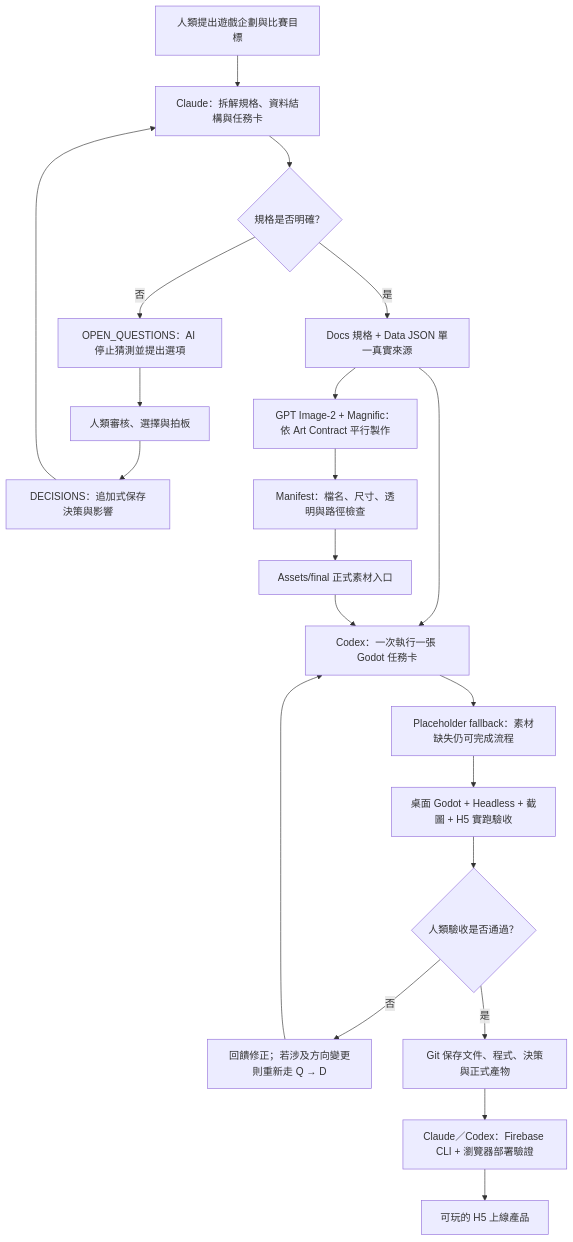
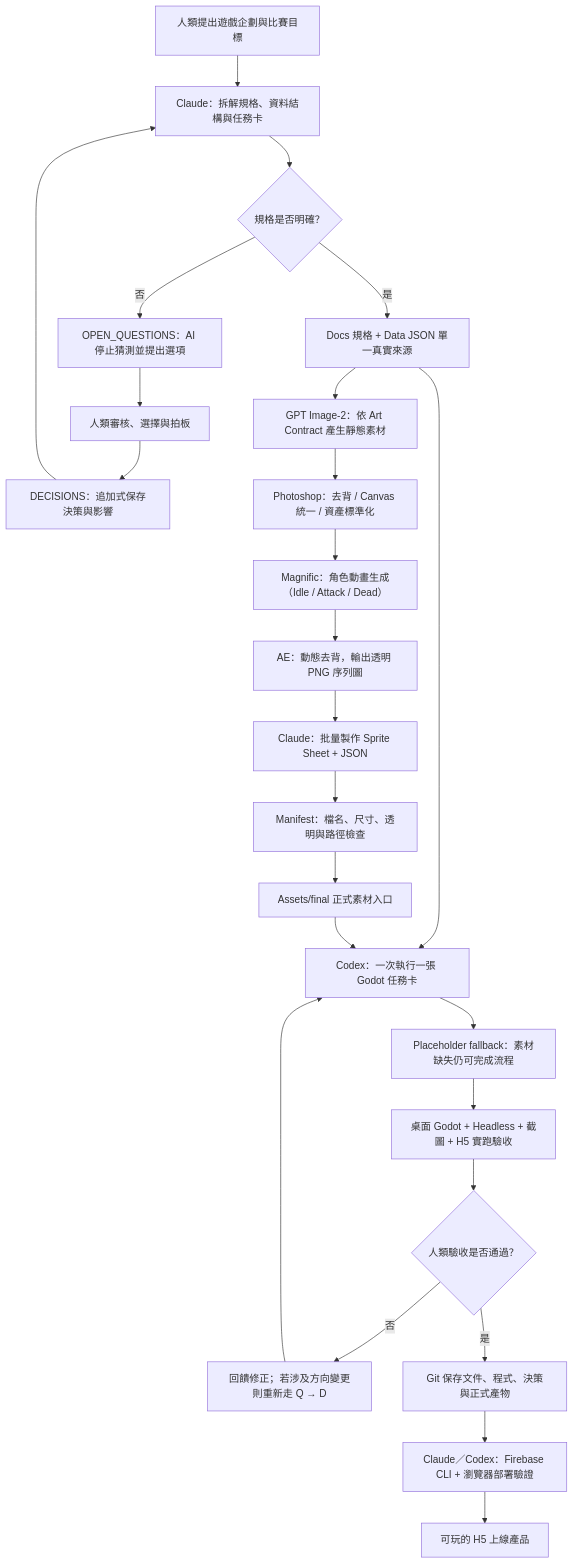
The first of 3 diagrams in Planning/10_PPT_AI_WORKFLOW.md (testBP0612/CrushGameDemo), drawn with Mermaid before and after one commit. The commit also changed other lines of this file and 18 other files, not shown here.

````diff
--- a/Planning/10_PPT_AI_WORKFLOW.md
+++ b/Planning/10_PPT_AI_WORKFLOW.md
@@ -38,29 +38,33 @@
 ```mermaid
 flowchart TD
     A["人類提出遊戲企劃與比賽目標"] --> B["Claude：拆解規格、資料結構與任務卡"]
     B --> C{"規格是否明確？"}
 
     C -- "否" --> D["OPEN_QUESTIONS：AI 停止猜測並提出選項"]
     D --> E["人類審核、選擇與拍板"]
     E --> F["DECISIONS：追加式保存決策與影響"]
     F --> B
 
     C -- "是" --> G["Docs 規格 + Data JSON 單一真實來源"]
     G --> H["Codex：一次執行一張 Godot 任務卡"]
-    G --> I["GPT Image-2 + Magnific：依 Art Contract 平行製作"]
+    G --> I["GPT Image-2：依 Art Contract 產生靜態素材"]
 
-    I --> J["Manifest：檔名、尺寸、透明與路徑檢查"]
+    I --> I1["Photoshop：去背 / Canvas 統一 / 資產標準化"]
+    I1 --> I2["Magnific：角色動畫生成（Idle / Attack / Dead）"]
+    I2 --> I3["AE：動態去背，輸出透明 PNG 序列圖"]
+    I3 --> I4["Claude：批量製作 Sprite Sheet + JSON"]
+    I4 --> J["Manifest：檔名、尺寸、透明與路徑檢查"]
     J --> K["Assets/final 正式素材入口"]
     K --> H
 
     H --> L["Placeholder fallback：素材缺失仍可完成流程"]
     L --> M["桌面 Godot + Headless + 截圖 + H5 實跑驗收"]
 
     M --> N{"人類驗收是否通過？"}
     N -- "否" --> O["回饋修正；若涉及方向變更則重新走 Q → D"]
     O --> H
     N -- "是" --> P["Git 保存文件、程式、決策與正式產物"]
 
     P --> Q["Claude／Codex：Firebase CLI + 瀏覽器部署驗證"]
     Q --> R["可玩的 H5 上線產品"]
 ```
````
